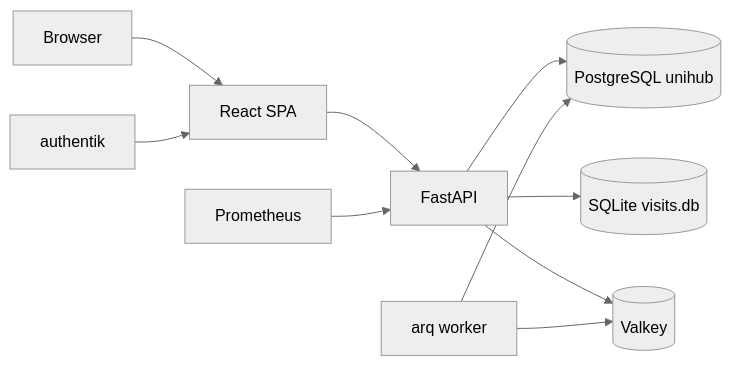
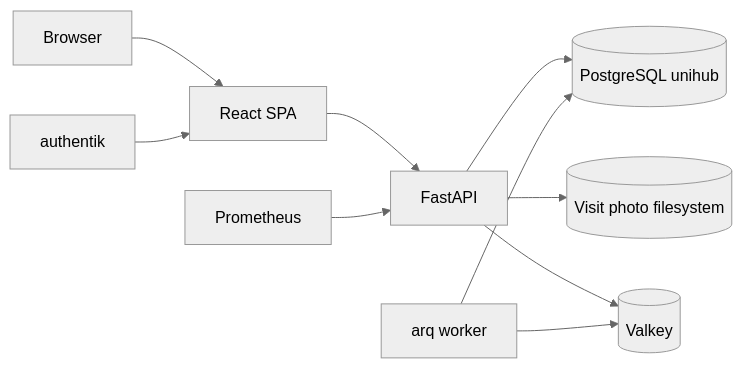
Before and after one commit to anervalens-netizen/unihub-retail: the diagram in APP_ARCHITECTURE.md, drawn with Mermaid (neutral theme). The commit also changed other lines of this file and 10 other files, not shown here.

````diff
--- a/APP_ARCHITECTURE.md
+++ b/APP_ARCHITECTURE.md
@@ -54,12 +54,12 @@
 ```mermaid
 flowchart LR
   U[Browser] --> FE[React SPA]
   FE --> API[FastAPI]
   API --> PG[(PostgreSQL unihub)]
-  API --> V[(SQLite visits.db)]
+  API --> F[(Visit photo filesystem)]
   API --> Q[(Valkey)]
   W[arq worker] --> Q
   W --> PG
   A[authentik] --> FE
   P[Prometheus] --> API
 ```
````
